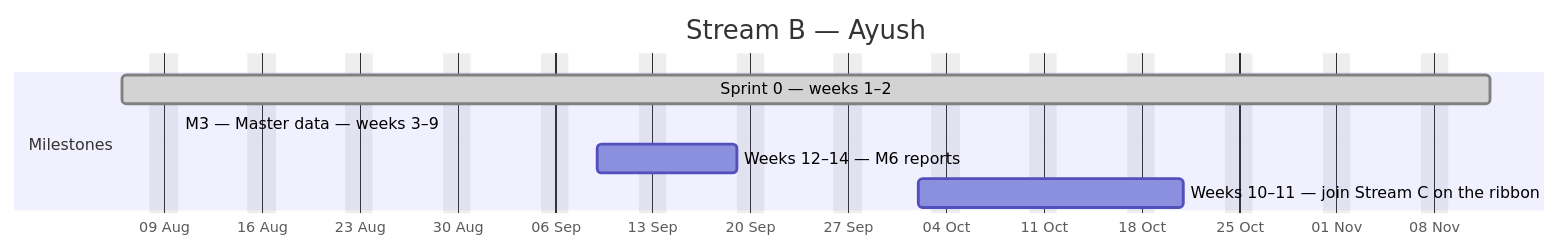
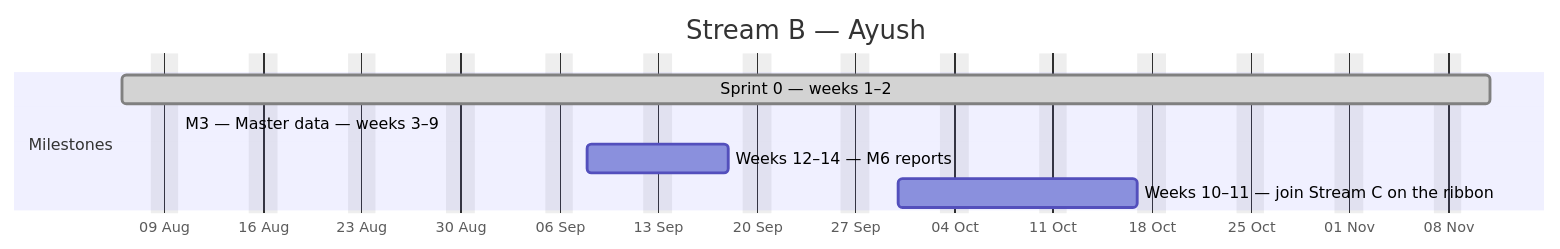
One commit to debashisedunext/EduTrack changed the second of 4 diagrams in docs/plan/GANTT.md. Above: the diagram before and after it, drawn with Mermaid. The commit also changed other lines of this file and 3 other files, not shown here.

````diff
--- a/docs/plan/GANTT.md
+++ b/docs/plan/GANTT.md
@@ -131,12 +130,12 @@
 ```mermaid
 gantt
     dateFormat YYYY-MM-DD
     axisFormat %d %b
     title Stream B — Ayush
     excludes weekends
     section Milestones
-    Sprint 0 — weeks 1–2 :done, b0, 2026-08-06, 70d
-    M3 — Master data — weeks 3–9 :active, b1, 2026-08-10, -20d
-    Weeks 12–14 — M6 reports :b2, 2026-09-09, 8d
-    Weeks 10–11 — join Stream C on the ribbon :b3, 2026-10-02, 13d
+    Sprint 0 — weeks 1–2 :done, b0, 2026-08-06, 69d
+    M3 — Master data — weeks 3–9 :active, b1, 2026-08-10, -21d
+    Weeks 12–14 — M6 reports :b2, 2026-09-08, 8d
+    Weeks 10–11 — join Stream C on the ribbon :b3, 2026-09-30, 13d
 ```
````
